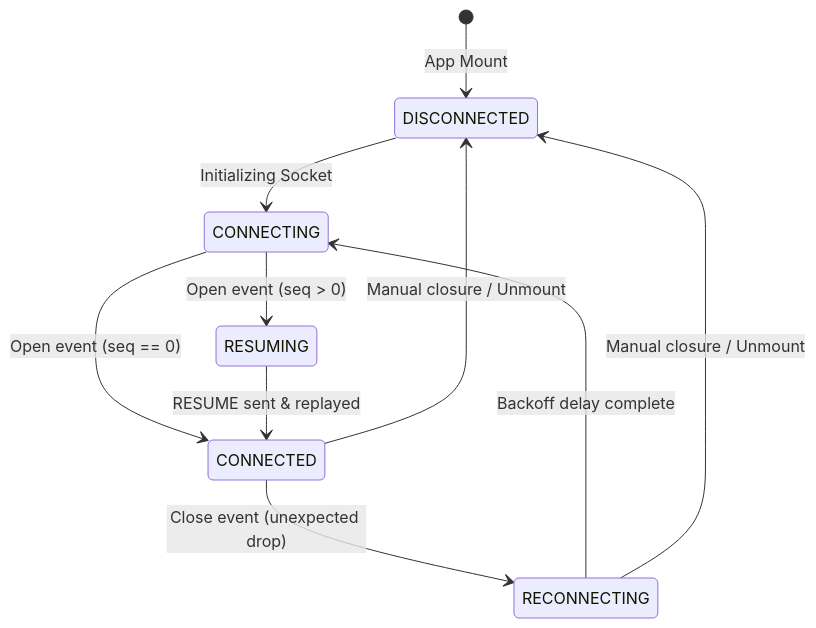
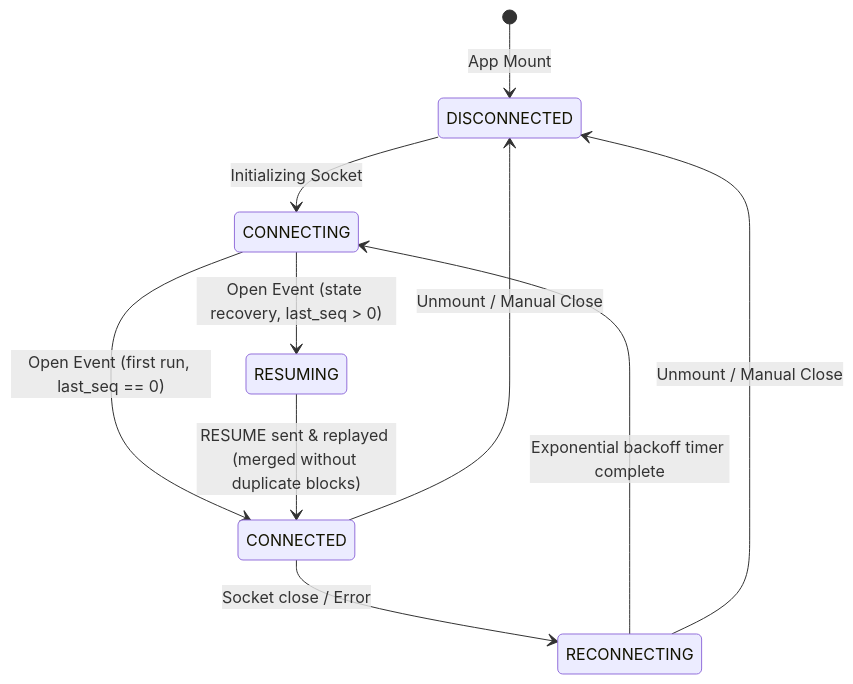
One commit to jayp927/wellfound-assignment changed the second of 2 diagrams in June-2026_FullStackAI/agent-console/README.md. Above: the diagram before and after it, drawn with Mermaid. The commit also changed other lines of this file and 4 other files, not shown here.

Commit message:
feat : complete flow to handle ui in chaos mode and updated readme for users

````diff
--- a/June-2026_FullStackAI/agent-console/README.md
+++ b/June-2026_FullStackAI/agent-console/README.md
@@ -17,18 +82,17 @@
 ```mermaid
 stateDiagram-v2
     [*] --> DISCONNECTED : App Mount
     
     DISCONNECTED --> CONNECTING : Initializing Socket
     
-    CONNECTING --> CONNECTED : Open event (seq == 0)
-    CONNECTING --> RESUMING : Open event (seq > 0)
+    CONNECTING --> CONNECTED : Open Event (first run, last_seq == 0)
+    CONNECTING --> RESUMING : Open Event (state recovery, last_seq > 0)
     
-    RESUMING --> CONNECTED : RESUME sent & replayed
+    RESUMING --> CONNECTED : RESUME sent & replayed (merged without duplicate blocks)
     
-    CONNECTED --> RECONNECTING : Close event (unexpected drop)
+    CONNECTED --> RECONNECTING : Socket close / Error
+    RECONNECTING --> CONNECTING : Exponential backoff timer complete
     
-    RECONNECTING --> CONNECTING : Backoff delay complete
-    
-    CONNECTED --> DISCONNECTED : Manual closure / Unmount
-    RECONNECTING --> DISCONNECTED : Manual closure / Unmount
+    CONNECTED --> DISCONNECTED : Unmount / Manual Close
+    RECONNECTING --> DISCONNECTED : Unmount / Manual Close
 ```
````
